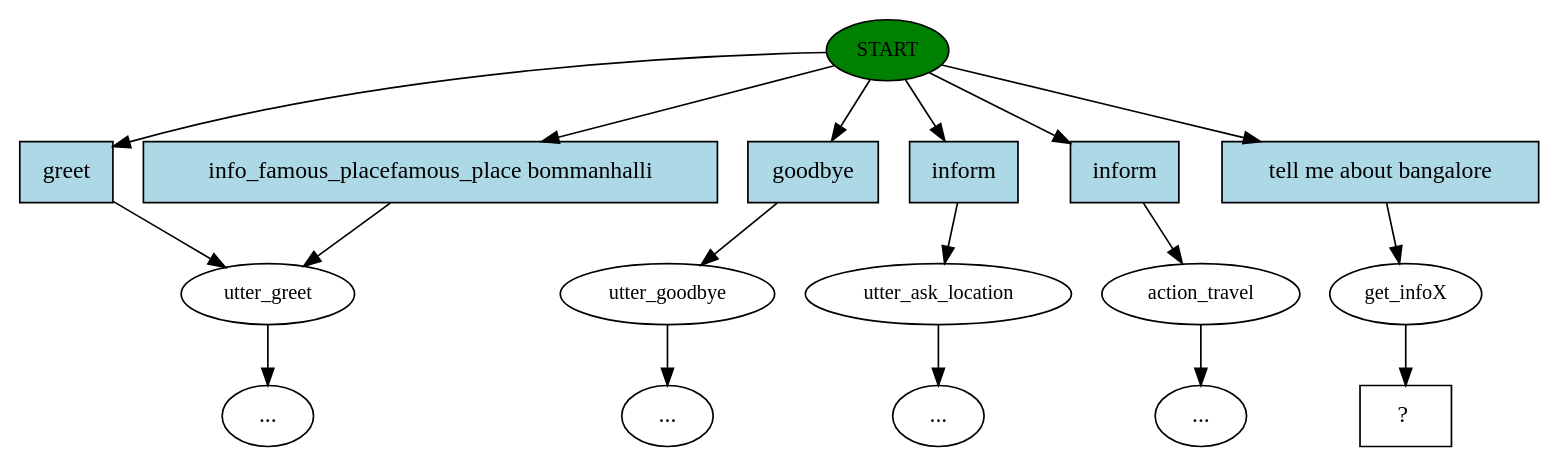
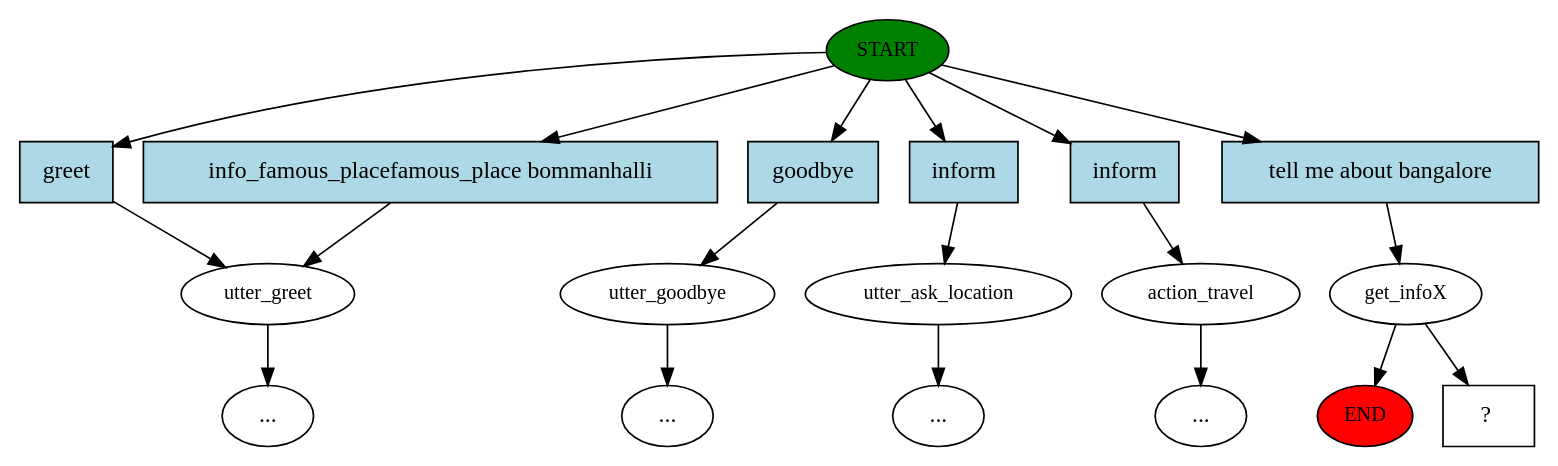
The diagram in workingCode_updated_version/story_graph.dot (CYPHR2/Travel_Chat_Bot), drawn with Graphviz before and after one commit. The commit also changed 9 other files, not shown here.

```diff
--- a/workingCode_updated_version/story_graph.dot
+++ b/workingCode_updated_version/story_graph.dot
@@ -1,36 +1,38 @@
 digraph  {
 0 [class="start active", fillcolor=green, fontsize=12, label=START, style=filled];
+"-1" [class=end, fillcolor=red, fontsize=12, label=END, style=filled];
 1 [class="", fontsize=12, label=utter_greet];
 4 [class="", fontsize=12, label=utter_goodbye];
 "-6" [class=ellipsis, label="..."];
 5 [class="", fontsize=12, label=utter_ask_location];
 "-7" [class=ellipsis, label="..."];
 6 [class="", fontsize=12, label=action_travel];
 "-8" [class=ellipsis, label="..."];
 "-17" [class=ellipsis, label="..."];
 16 [class=active, fontsize=12, label=get_infoX];
-17 [class="intent dashed active", label="  ?  ", shape=rect];
-18 [class=intent, fillcolor=lightblue, label=greet, shape=rect, style=filled];
-19 [class=intent, fillcolor=lightblue, label="info_famous_placefamous_place bommanhalli", shape=rect, style=filled];
-20 [class=intent, fillcolor=lightblue, label=goodbye, shape=rect, style=filled];
-21 [class=intent, fillcolor=lightblue, label=inform, shape=rect, style=filled];
+18 [class="intent dashed active", label="  ?  ", shape=rect];
+19 [class=intent, fillcolor=lightblue, label=greet, shape=rect, style=filled];
+20 [class=intent, fillcolor=lightblue, label="info_famous_placefamous_place bommanhalli", shape=rect, style=filled];
+21 [class=intent, fillcolor=lightblue, label=goodbye, shape=rect, style=filled];
 22 [class=intent, fillcolor=lightblue, label=inform, shape=rect, style=filled];
-23 [class="intent active", fillcolor=lightblue, label="tell me about bangalore", shape=rect, style=filled];
-0 -> 18  [class="", key=0];
+23 [class=intent, fillcolor=lightblue, label=inform, shape=rect, style=filled];
+24 [class="intent active", fillcolor=lightblue, label="tell me about bangalore", shape=rect, style=filled];
 0 -> 19  [class="", key=0];
 0 -> 20  [class="", key=0];
 0 -> 21  [class="", key=0];
 0 -> 22  [class="", key=0];
-0 -> 23  [class=active, key=0];
+0 -> 23  [class="", key=0];
+0 -> 24  [class=active, key=0];
 1 -> "-17"  [class="", key=NONE, label=""];
 4 -> "-6"  [class="", key=NONE, label=""];
 5 -> "-7"  [class="", key=NONE, label=""];
 6 -> "-8"  [class="", key=NONE, label=""];
-16 -> 17  [class=active, key=NONE, label=""];
-18 -> 1  [class="", key=0];
+16 -> "-1"  [class="", key=NONE, label=""];
+16 -> 18  [class=active, key=NONE, label=""];
 19 -> 1  [class="", key=0];
-20 -> 4  [class="", key=0];
-21 -> 5  [class="", key=0];
-22 -> 6  [class="", key=0];
-23 -> 16  [class=active, key=0];
+20 -> 1  [class="", key=0];
+21 -> 4  [class="", key=0];
+22 -> 5  [class="", key=0];
+23 -> 6  [class="", key=0];
+24 -> 16  [class=active, key=0];
 }
```
